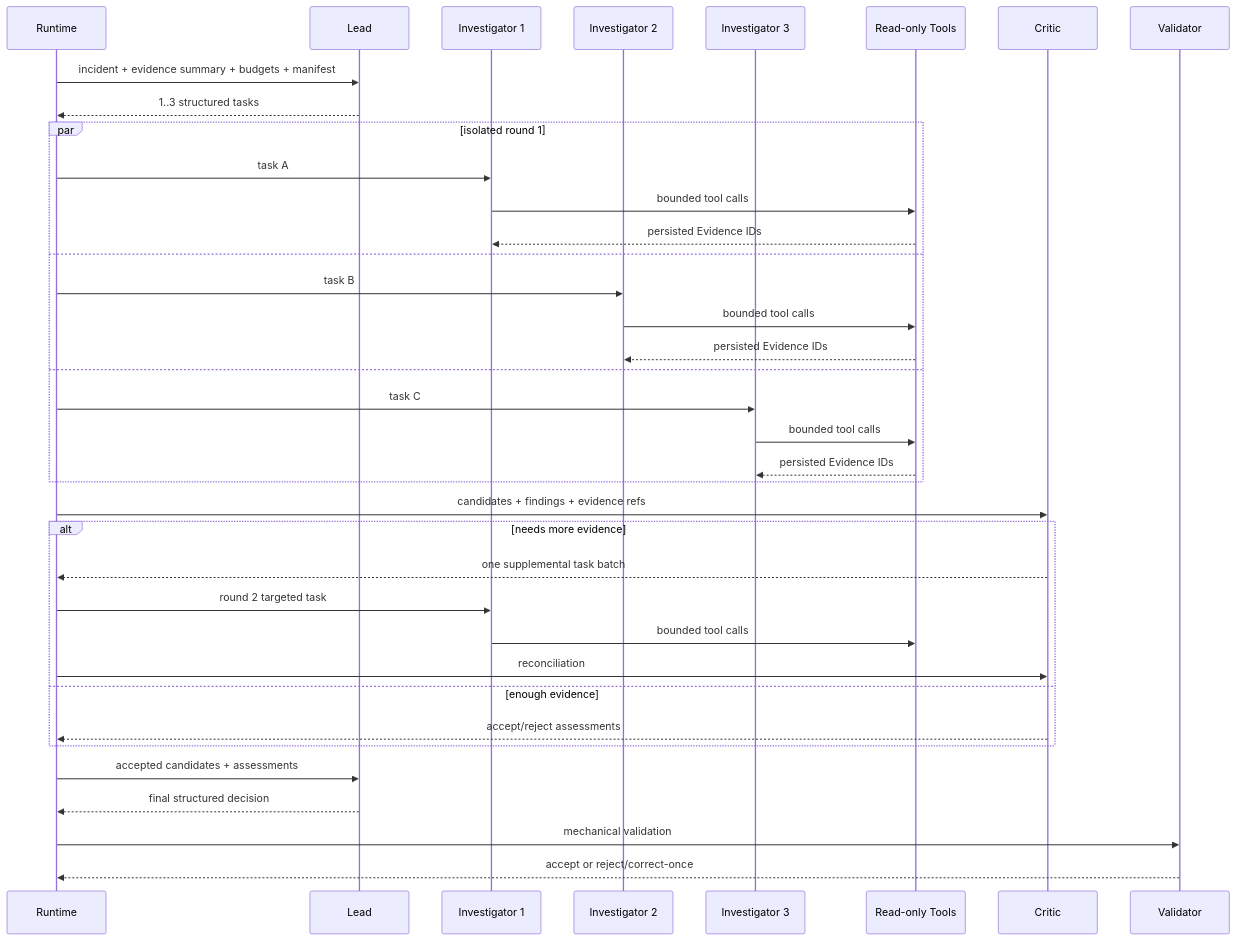
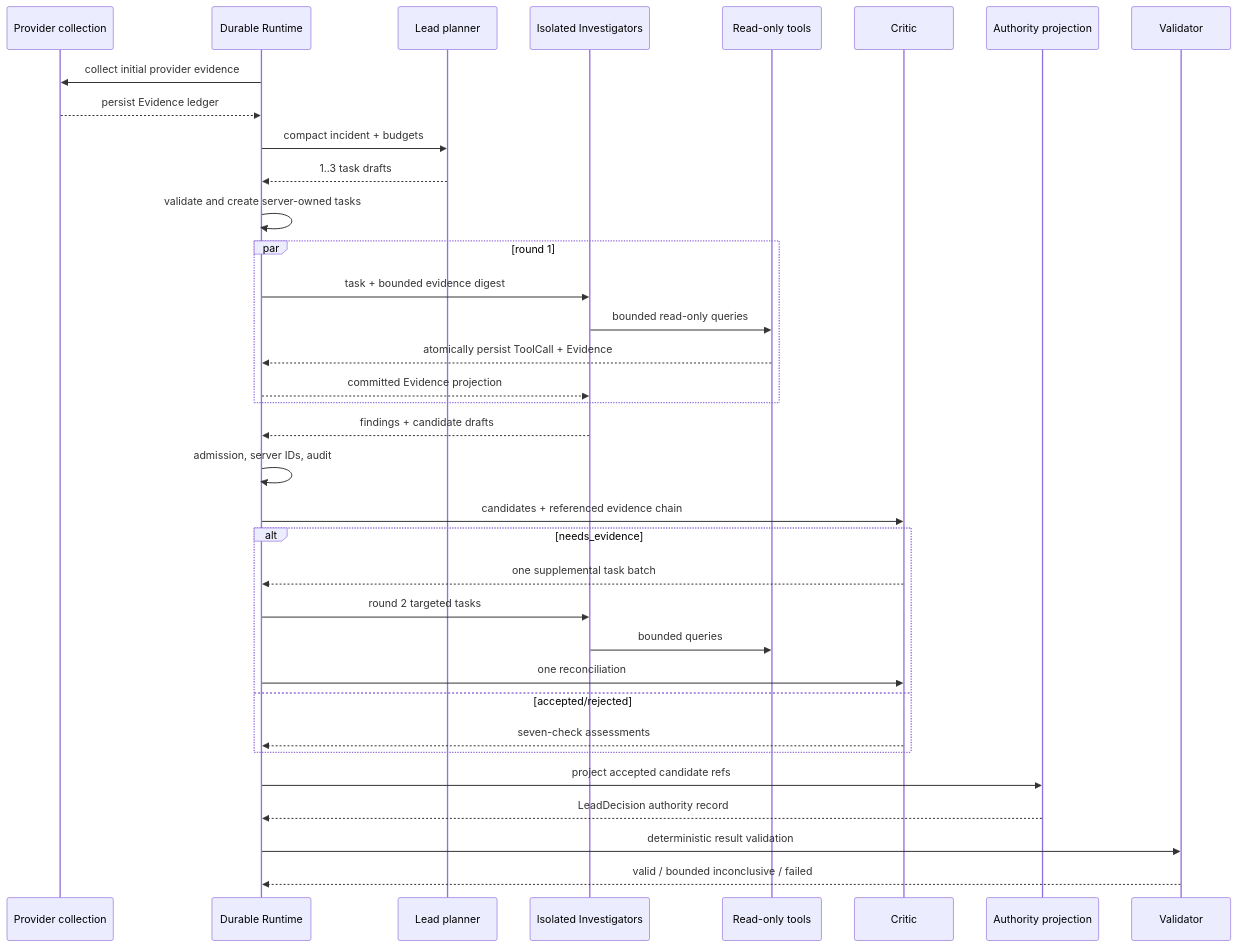
Before and after one commit to YoLo019/diagops: the diagram in docs/interview-guide/03-agent-design.md, drawn with Mermaid. The commit also changed other lines of this file and 43 other files, not shown here.

````diff
--- a/docs/interview-guide/03-agent-design.md
+++ b/docs/interview-guide/03-agent-design.md
@@ -92,40 +126,38 @@
 ```mermaid
 sequenceDiagram
-    participant R as Runtime
-    participant L as Lead
-    participant I1 as Investigator 1
-    participant I2 as Investigator 2
-    participant I3 as Investigator 3
-    participant T as Read-only Tools
+    participant P as Provider collection
+    participant R as Durable Runtime
+    participant L as Lead planner
+    participant I as Isolated Investigators
+    participant T as Read-only tools
     participant C as Critic
+    participant A as Authority projection
     participant V as Validator
 
-    R->>L: incident + evidence summary + budgets + manifest
-    L-->>R: 1..3 structured tasks
-    par isolated round 1
-        R->>I1: task A
-        I1->>T: bounded tool calls
-        T-->>I1: persisted Evidence IDs
-    and
-        R->>I2: task B
-        I2->>T: bounded tool calls
-        T-->>I2: persisted Evidence IDs
-    and
-        R->>I3: task C
-        I3->>T: bounded tool calls
-        T-->>I3: persisted Evidence IDs
+    R->>P: collect initial provider evidence
+    P-->>R: persist Evidence ledger
+    R->>L: compact incident + budgets
+    L-->>R: 1..3 task drafts
+    R->>R: validate and create server-owned tasks
+    par round 1
+        R->>I: task + bounded evidence digest
+        I->>T: bounded read-only queries
+        T-->>R: atomically persist ToolCall + Evidence
+        R-->>I: committed Evidence projection
     end
-    R->>C: candidates + findings + evidence refs
-    alt needs more evidence
+    I-->>R: findings + candidate drafts
+    R->>R: admission, server IDs, audit
+    R->>C: candidates + referenced evidence chain
+    alt needs_evidence
         C-->>R: one supplemental task batch
-        R->>I1: round 2 targeted task
-        I1->>T: bounded tool calls
-        R->>C: reconciliation
-    else enough evidence
-        C-->>R: accept/reject assessments
+        R->>I: round 2 targeted tasks
+        I->>T: bounded queries
+        R->>C: one reconciliation
+    else accepted/rejected
+        C-->>R: seven-check assessments
     end
-    R->>L: accepted candidates + assessments
-    L-->>R: final structured decision
-    R->>V: mechanical validation
-    V-->>R: accept or reject/correct-once
+    R->>A: project accepted candidate refs
+    A-->>R: LeadDecision authority record
+    R->>V: deterministic result validation
+    V-->>R: valid / bounded inconclusive / failed
 ```
````
